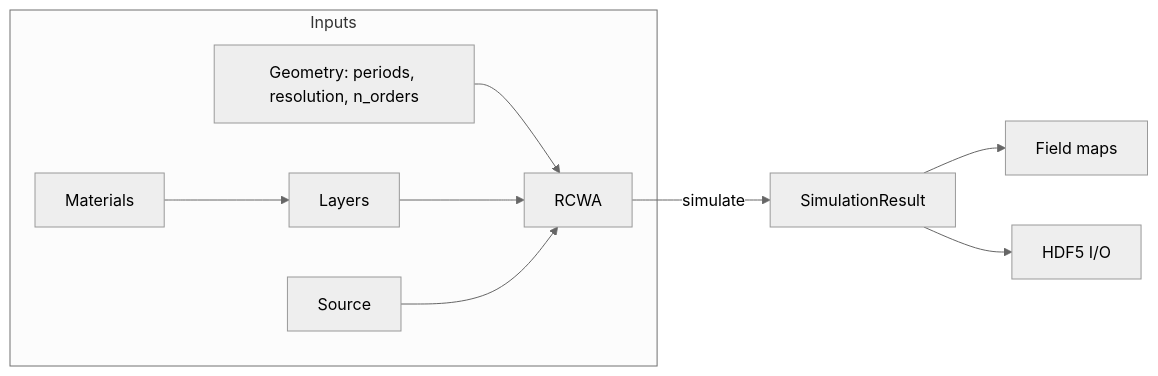
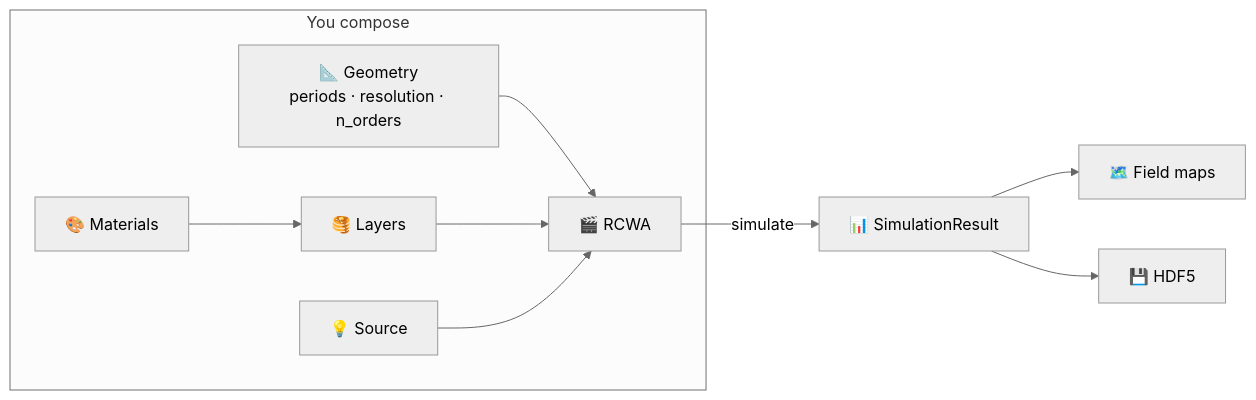
One commit to CAVITYtechnologies/ikarus changed the diagram in docs/core-concepts.md. Above: the diagram before and after it, drawn with Mermaid (neutral theme). The commit also changed other lines of this file and 31 other files, not shown here.

````diff
--- a/docs/core-concepts.md
+++ b/docs/core-concepts.md
@@ -6,12 +9,12 @@
 ```mermaid
 flowchart LR
-    subgraph Inputs
-      M[Materials] --> L[Layers]
-      G[Geometry: periods, resolution, n_orders] --> R[RCWA]
+    subgraph You compose
+      M["🎨 Materials"] --> L["🥞 Layers"]
+      G["📐 Geometry<br/>periods · resolution · n_orders"] --> R["🎬 RCWA"]
       L --> R
-      S[Source] --> R
+      S["💡 Source"] --> R
     end
-    R -->|simulate| Res[SimulationResult]
-    Res --> F[Field maps]
-    Res --> IO[HDF5 I/O]
+    R -->|simulate| Res["📊 SimulationResult"]
+    Res --> F["🗺️ Field maps"]
+    Res --> IO["💾 HDF5"]
 ```
````
